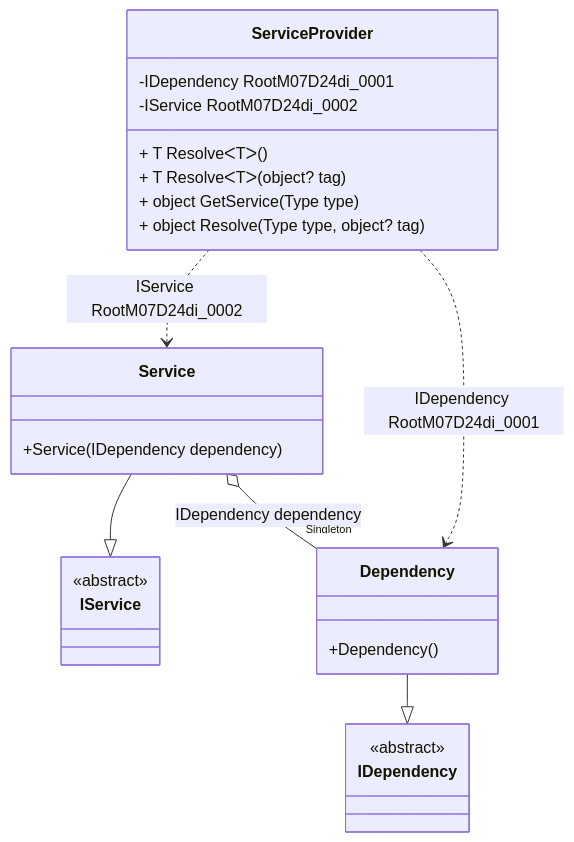
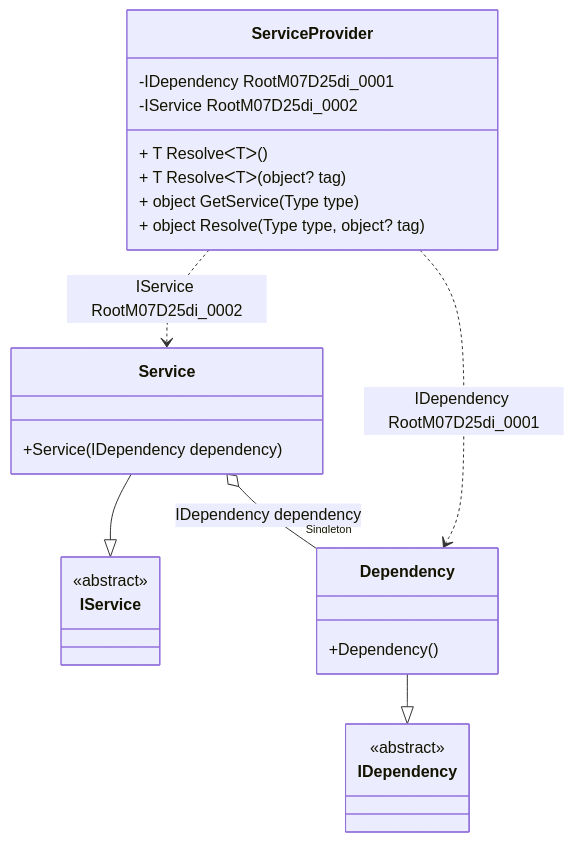
Before and after one commit to DevTeam/Pure.DI: the diagram in readme/service-provider.md, drawn with Mermaid. The commit also changed other lines of this file and 54 other files, not shown here.

````diff
--- a/readme/service-provider.md
+++ b/readme/service-provider.md
@@ -50,28 +50,28 @@
 ```mermaid
 classDiagram
   class ServiceProvider {
-    -IDependency RootM07D24di_0001
-    -IService RootM07D24di_0002
+    -IDependency RootM07D25di_0001
+    -IService RootM07D25di_0002
     + T ResolveᐸTᐳ()
     + T ResolveᐸTᐳ(object? tag)
     + object GetService(Type type)
     + object Resolve(Type type, object? tag)
   }
   Service --|> IService : 
   class Service {
     +Service(IDependency dependency)
   }
   Dependency --|> IDependency : 
   class Dependency {
     +Dependency()
   }
   class IService {
     <<abstract>>
   }
   class IDependency {
     <<abstract>>
   }
   Service o--  "Singleton" Dependency : IDependency dependency
-  ServiceProvider ..> Dependency : IDependency RootM07D24di_0001
-  ServiceProvider ..> Service : IService RootM07D24di_0002
+  ServiceProvider ..> Dependency : IDependency RootM07D25di_0001
+  ServiceProvider ..> Service : IService RootM07D25di_0002
 ```
````
